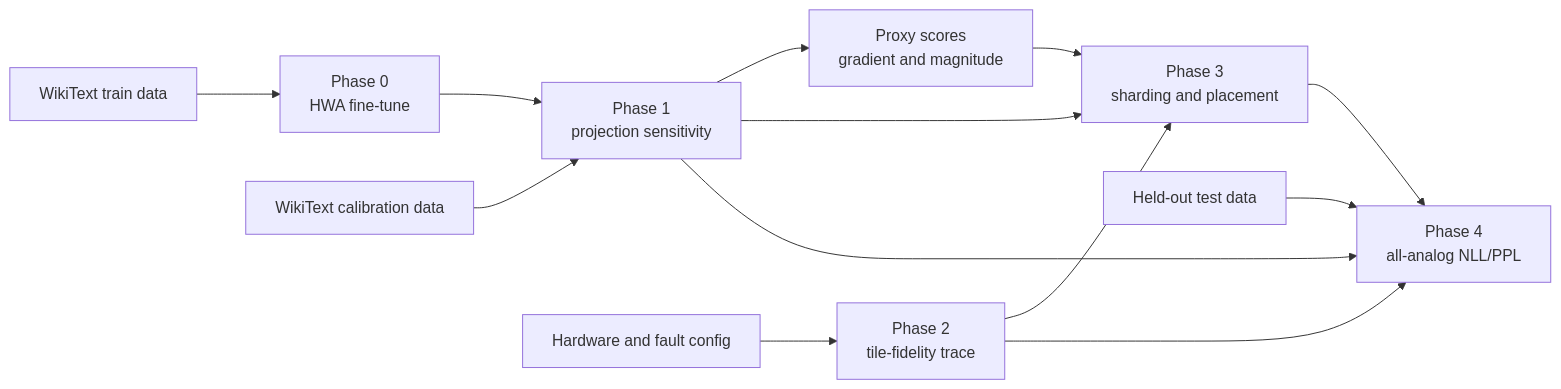
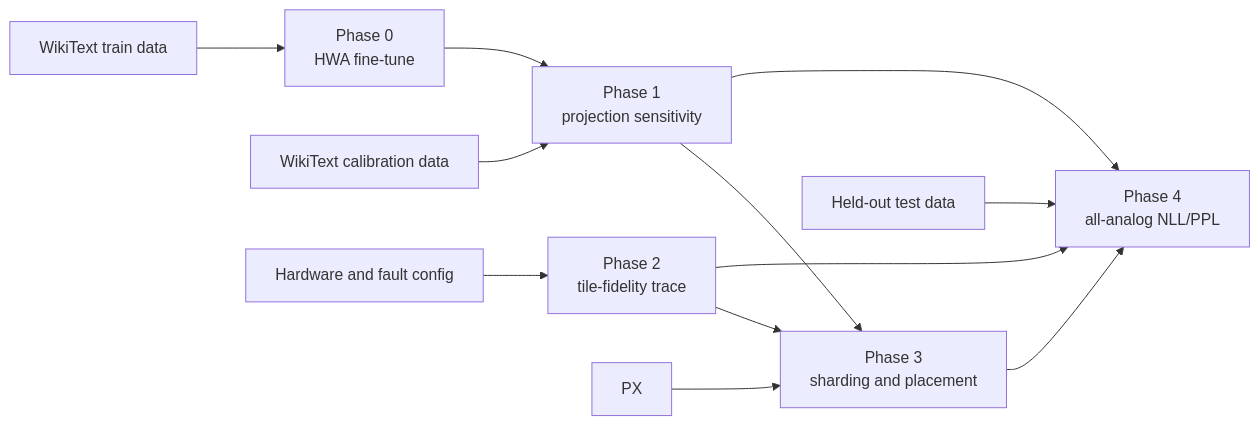
The diagram in README.md (williamhwangweiju/projection-sensitivity-mapping), drawn with Mermaid before and after one commit. The commit also changed other lines of this file and 31 other files, not shown here.

````diff
--- a/README.md
+++ b/README.md
@@ -20,15 +20,14 @@
 ```mermaid
 flowchart LR
     W[WikiText train data] --> P0[Phase 0<br/>HWA fine-tune]
     P0 --> P1[Phase 1<br/>projection sensitivity]
     C[WikiText calibration data] --> P1
-    P1 --> PX[Proxy scores<br/>gradient and magnitude]
     H[Hardware and fault config] --> P2[Phase 2<br/>tile-fidelity trace]
     P1 --> P3[Phase 3<br/>sharding and placement]
     PX --> P3
     P2 --> P3
     T[Held-out test data] --> P4[Phase 4<br/>all-analog NLL/PPL]
     P1 --> P4
     P2 --> P4
     P3 --> P4
 ```
````
